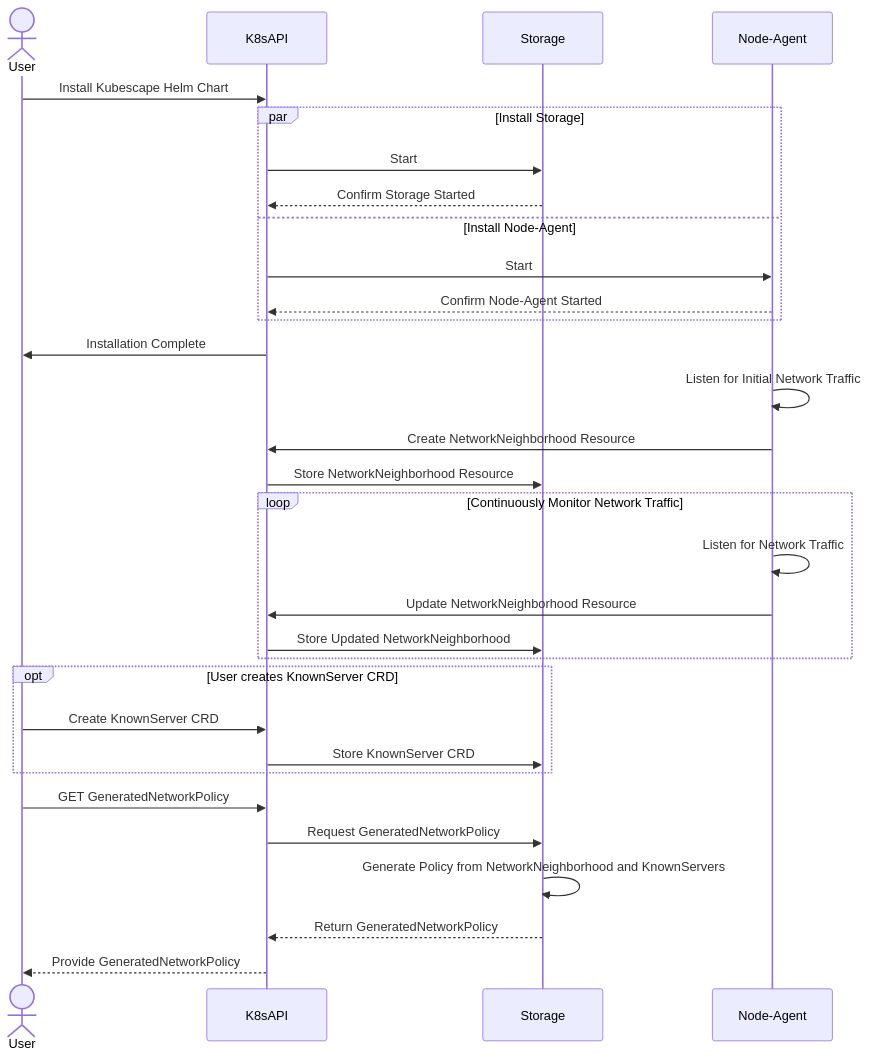
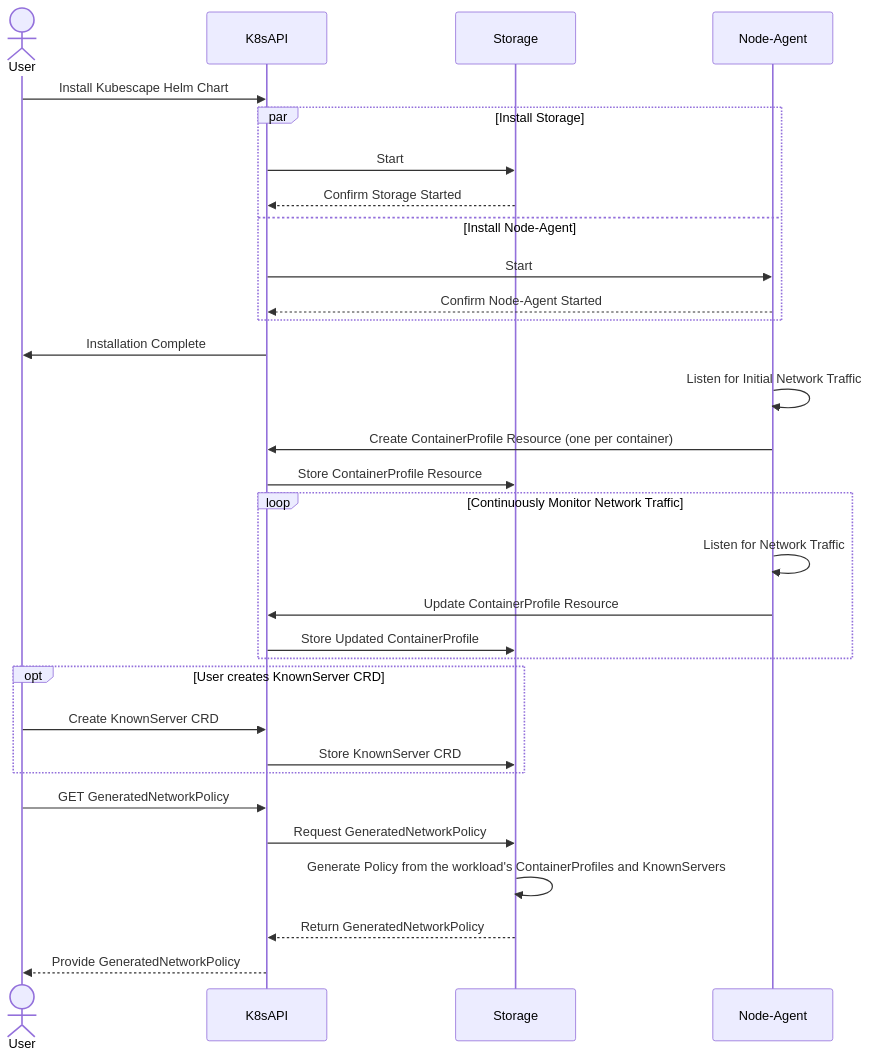
The diagram in docs/docs/operator/network-policy-generation.md (kubescape/kubescape.io), drawn with Mermaid before and after one commit. The commit also changed other lines of this file and 1 other file, not shown here.

First line of the commit message:
docs: replace the removed NetworkNeighborhood and ApplicationActivity kinds

````diff
--- a/docs/docs/operator/network-policy-generation.md
+++ b/docs/docs/operator/network-policy-generation.md
@@ -145,43 +145,43 @@
 ```mermaid
 sequenceDiagram
     actor u as User
     participant k8a as K8sAPI
     participant kss as Storage
     participant ksn as Node-Agent
 
     u ->> k8a: Install Kubescape Helm Chart
     par Install Storage
         k8a ->> kss: Start
         kss -->> k8a: Confirm Storage Started
     and Install Node-Agent
         k8a ->> ksn: Start
         ksn -->> k8a: Confirm Node-Agent Started
     end
     k8a ->> u: Installation Complete
 
-    %% Initial creation of NetworkNeighborhood resource by Node-Agent
+    %% Initial creation of ContainerProfile resources by Node-Agent
     ksn ->> ksn: Listen for Initial Network Traffic
-    ksn ->> k8a: Create NetworkNeighborhood Resource
-    k8a ->> kss: Store NetworkNeighborhood Resource
+    ksn ->> k8a: Create ContainerProfile Resource (one per container)
+    k8a ->> kss: Store ContainerProfile Resource
 
-    %% Node-Agent continuously monitors network traffic and updates NetworkNeighborhood
+    %% Node-Agent continuously monitors network traffic and updates the ContainerProfiles
     loop Continuously Monitor Network Traffic
         ksn ->> ksn: Listen for Network Traffic
-        ksn ->> k8a: Update NetworkNeighborhood Resource
-        k8a ->> kss: Store Updated NetworkNeighborhood
+        ksn ->> k8a: Update ContainerProfile Resource
+        k8a ->> kss: Store Updated ContainerProfile
     end
 
     %% Optional scenario: User creates a 'KnownServer' CRD
     opt User creates KnownServer CRD
         u ->> k8a: Create KnownServer CRD
         k8a ->> kss: Store KnownServer CRD
     end
 
     %% User requests GeneratedNetworkPolicy CRD
     u ->> k8a: GET GeneratedNetworkPolicy
     k8a ->> kss: Request GeneratedNetworkPolicy
-    kss ->> kss: Generate Policy from NetworkNeighborhood and KnownServers
+    kss ->> kss: Generate Policy from the workload's ContainerProfiles and KnownServers
     kss -->> k8a: Return GeneratedNetworkPolicy
     k8a -->> u: Provide GeneratedNetworkPolicy
 
 ```
````
